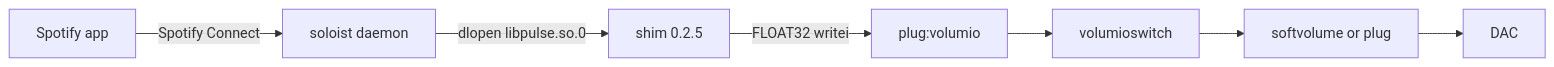
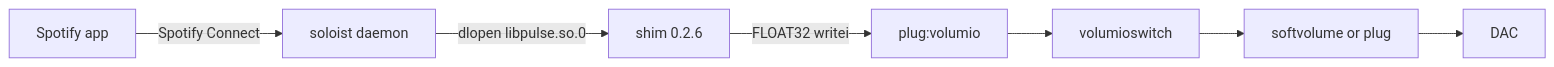
One commit to foonerd/alsa_soloist_connect changed the first of 4 diagrams in README.md. Above: the diagram before and after it, drawn with Mermaid. The commit also changed other lines of this file and 13 other files, not shown here.

````diff
--- a/README.md
+++ b/README.md
@@ -32,9 +32,9 @@
 ```mermaid
 flowchart LR
     SpotifyApp["Spotify app"] -->|"Spotify Connect"| Soloist["soloist daemon"]
-    Soloist -->|"dlopen libpulse.so.0"| Shim["shim 0.2.5"]
+    Soloist -->|"dlopen libpulse.so.0"| Shim["shim 0.2.6"]
     Shim -->|"FLOAT32 writei"| Plug["plug:volumio"]
     Plug --> Switch["volumioswitch"]
     Switch --> Out["softvolume or plug"]
     Out --> Dac["DAC"]
 ```
````
